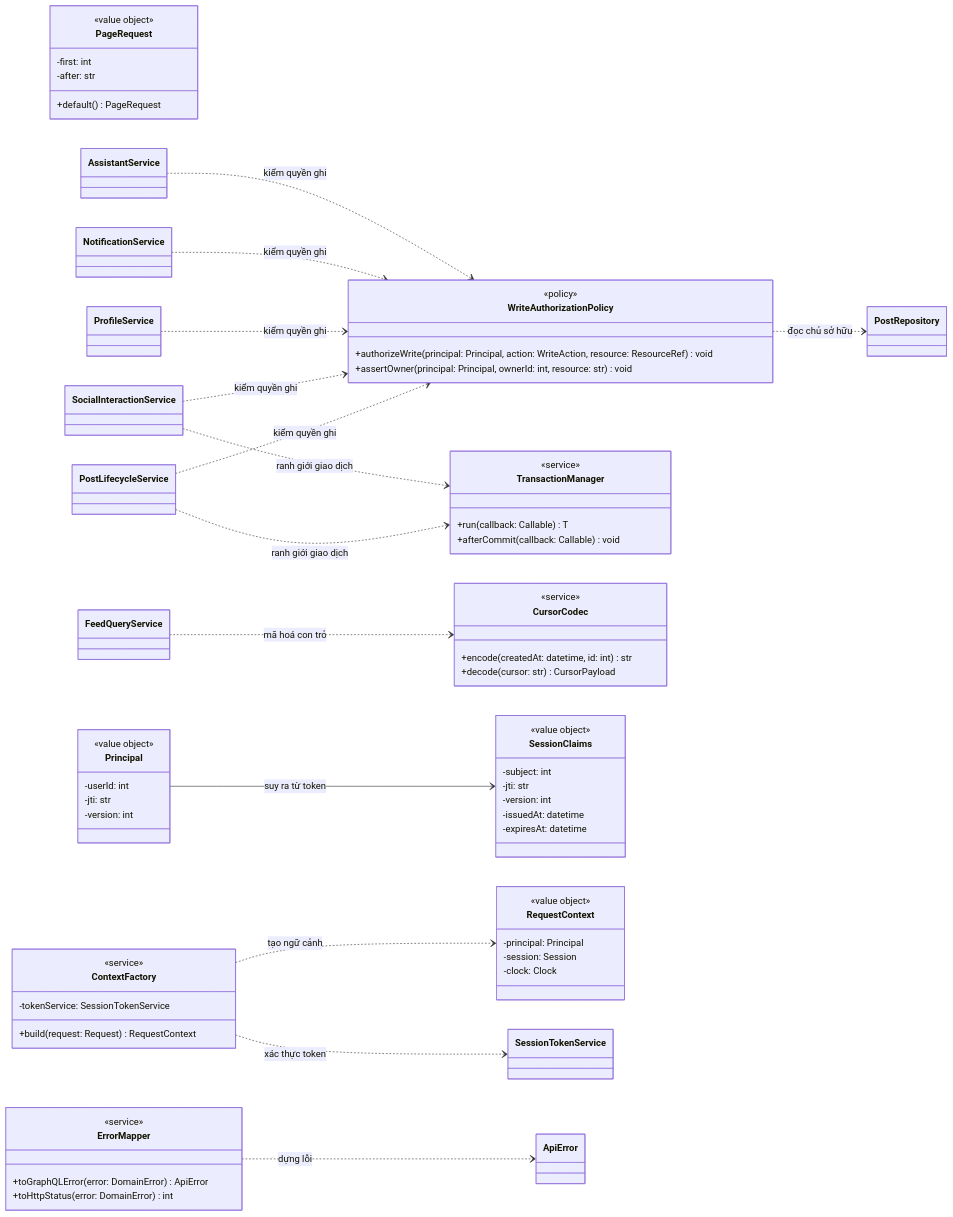
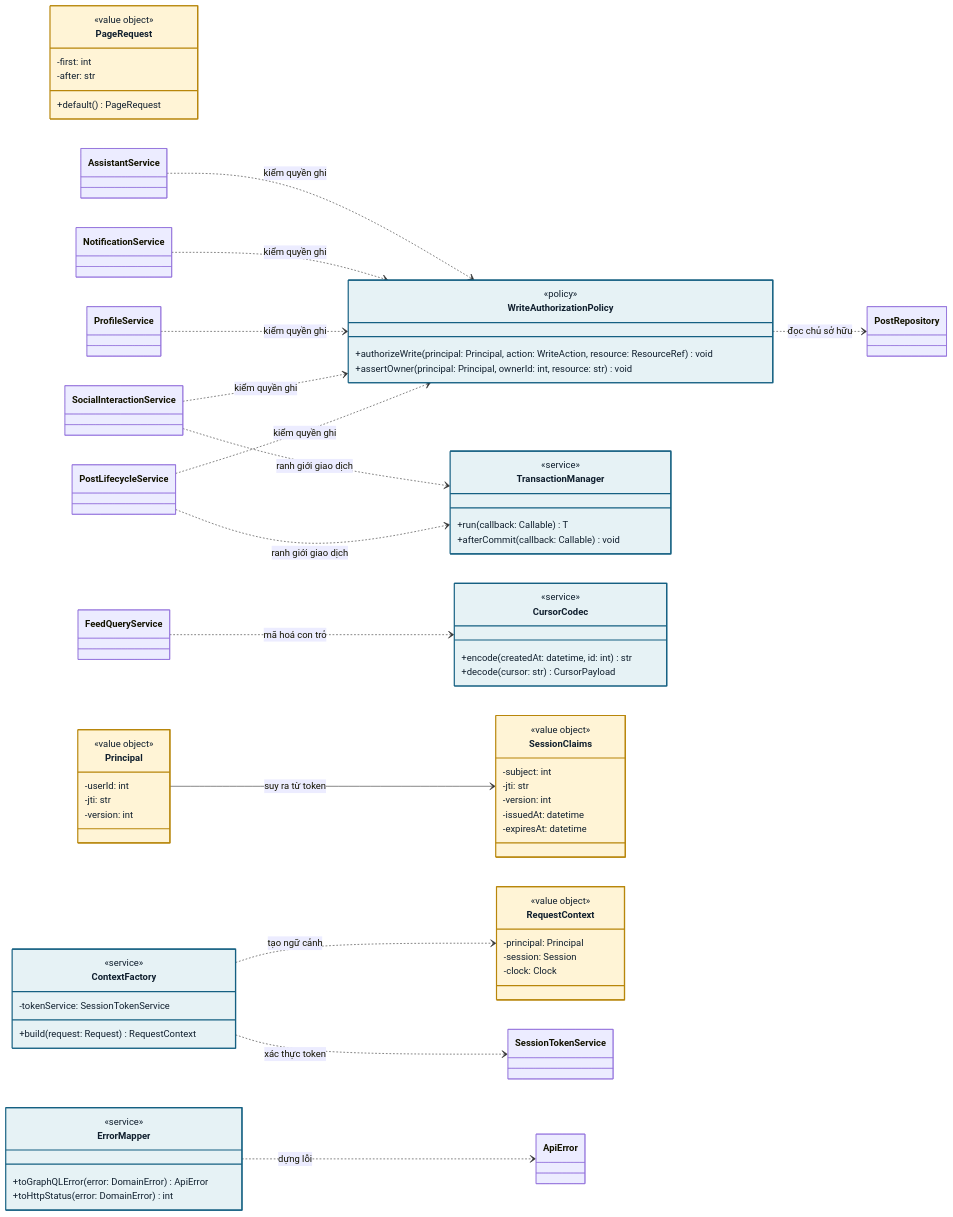
Before and after one commit to anqp5002/ToMateTo: the sixth of 6 diagrams in docs/thiet_ke/6.1-A_class_diagrams_backend.md, drawn with Mermaid. The commit also changed other lines of this file, not shown here.

First line of the commit message:
docs(be): to mau theo tang cho so do lop 6.1-A va dong bo ky hieu o muc 1.4

````diff
--- a/docs/thiet_ke/6.1-A_class_diagrams_backend.md
+++ b/docs/thiet_ke/6.1-A_class_diagrams_backend.md
@@ -875,4 +965,16 @@
     ContextFactory ..> RequestContext : tạo ngữ cảnh
     ErrorMapper ..> ApiError : dựng lỗi
     Principal --> SessionClaims : suy ra từ token
+    %% Mau theo nhom vai tro — xem §1.4
+    class WriteAuthorizationPolicy:::bus
+    class TransactionManager:::bus
+    class CursorCodec:::bus
+    class ErrorMapper:::bus
+    class ContextFactory:::bus
+    class PageRequest:::vo
+    class Principal:::vo
+    class SessionClaims:::vo
+    class RequestContext:::vo
+    classDef bus fill:#E6F2F5,stroke:#156082,stroke-width:2px,color:#101F2E
+    classDef vo fill:#FFF4D6,stroke:#B8860B,stroke-width:2px,color:#101F2E
 ```
````
